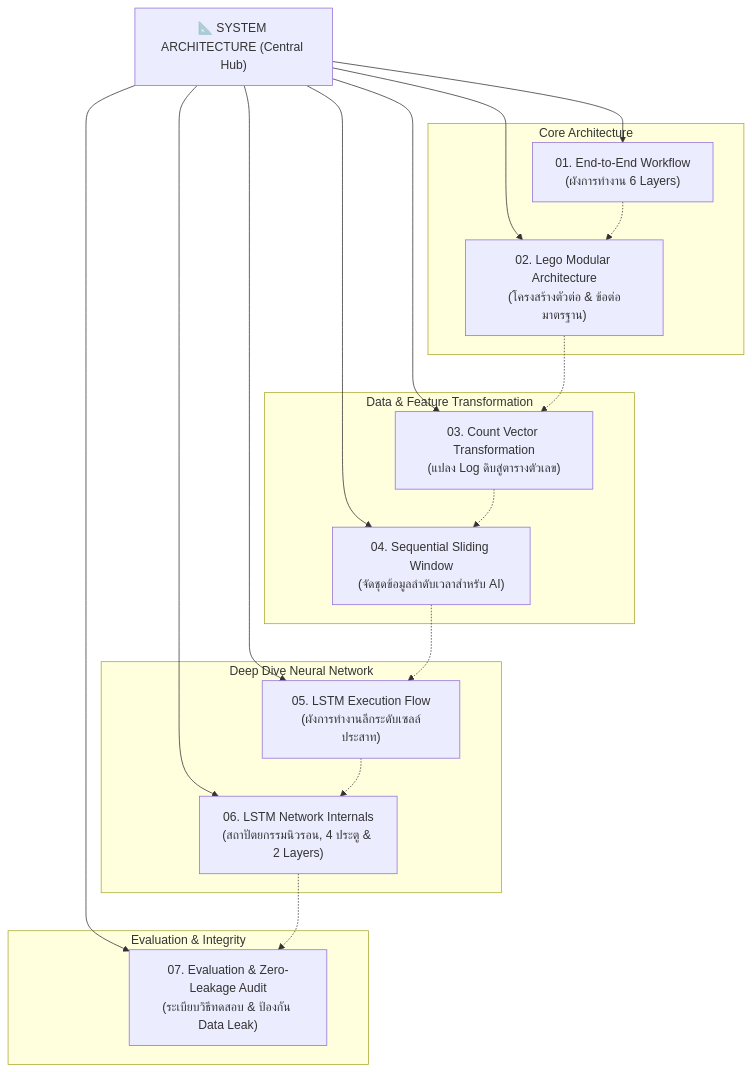
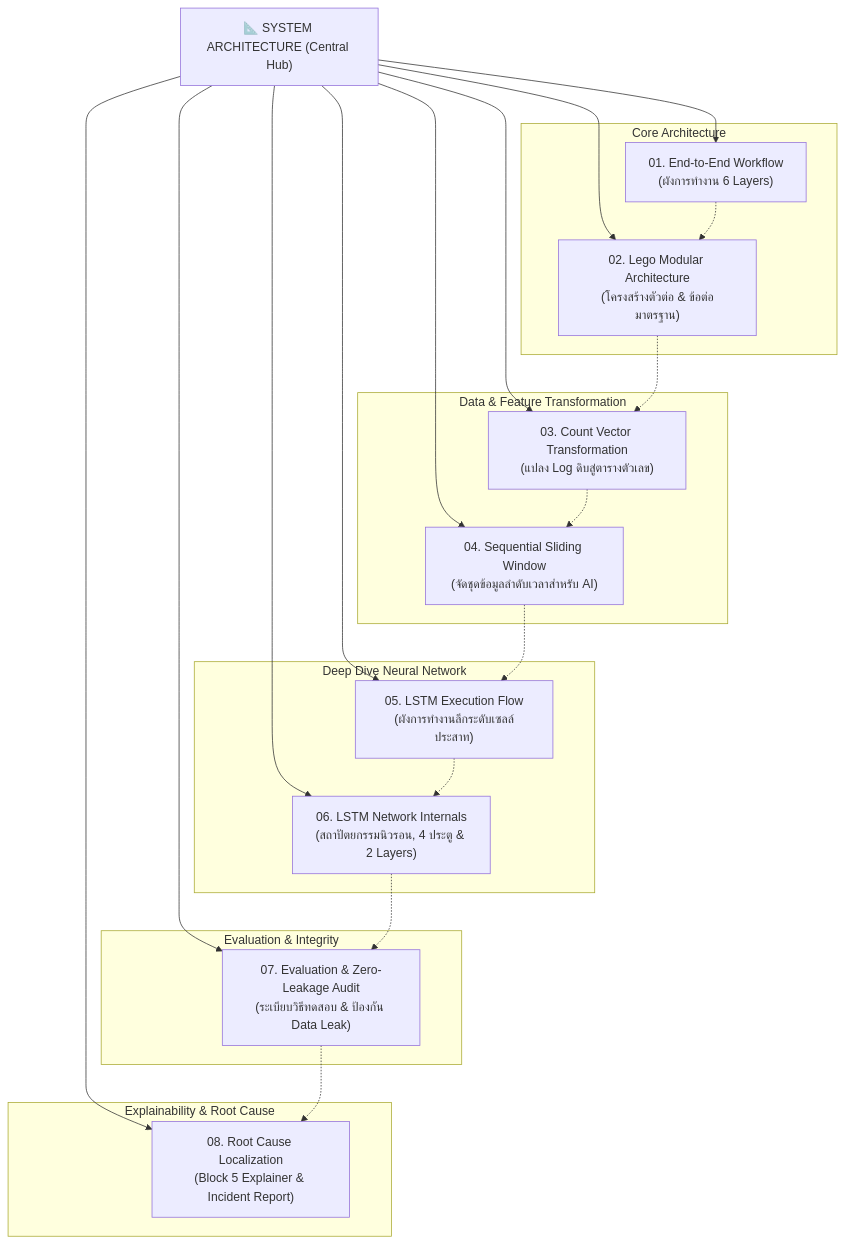
Before and after one commit to kora-ora/LogWatchdog: the diagram in SYSTEM_ARCHITECTURE.md, drawn with Mermaid. The commit also changed other lines of this file and 49 other files, not shown here.

````diff
--- a/SYSTEM_ARCHITECTURE.md
+++ b/SYSTEM_ARCHITECTURE.md
@@ -10,38 +10,44 @@
 ```mermaid
 flowchart TD
     Hub["📐 SYSTEM ARCHITECTURE (Central Hub)"]
     
     subgraph Core Architecture
         T1["01. End-to-End Workflow<br/>(ผังการทำงาน 6 Layers)"]
         T2["02. Lego Modular Architecture<br/>(โครงสร้างตัวต่อ & ข้อต่อมาตรฐาน)"]
     end
     
     subgraph Data & Feature Transformation
         T3["03. Count Vector Transformation<br/>(แปลง Log ดิบสู่ตารางตัวเลข)"]
         T4["04. Sequential Sliding Window<br/>(จัดชุดข้อมูลลำดับเวลาสำหรับ AI)"]
     end
     
     subgraph Deep Dive Neural Network
         T5["05. LSTM Execution Flow<br/>(ผังการทำงานลึกระดับเซลล์ประสาท)"]
         T6["06. LSTM Network Internals<br/>(สถาปัตยกรรมนิวรอน, 4 ประตู & 2 Layers)"]
     end
 
     subgraph Evaluation & Integrity
         T7["07. Evaluation & Zero-Leakage Audit<br/>(ระเบียบวิธีทดสอบ & ป้องกัน Data Leak)"]
     end
+
+    subgraph Explainability & Root Cause
+        T8["08. Root Cause Localization<br/>(Block 5 Explainer & Incident Report)"]
+    end
     
     Hub --> T1
     Hub --> T2
     Hub --> T3
     Hub --> T4
     Hub --> T5
     Hub --> T6
     Hub --> T7
+    Hub --> T8
 
     T1 -.-> T2
     T2 -.-> T3
     T3 -.-> T4
     T4 -.-> T5
     T5 -.-> T6
     T6 -.-> T7
+    T7 -.-> T8
 ```
````
